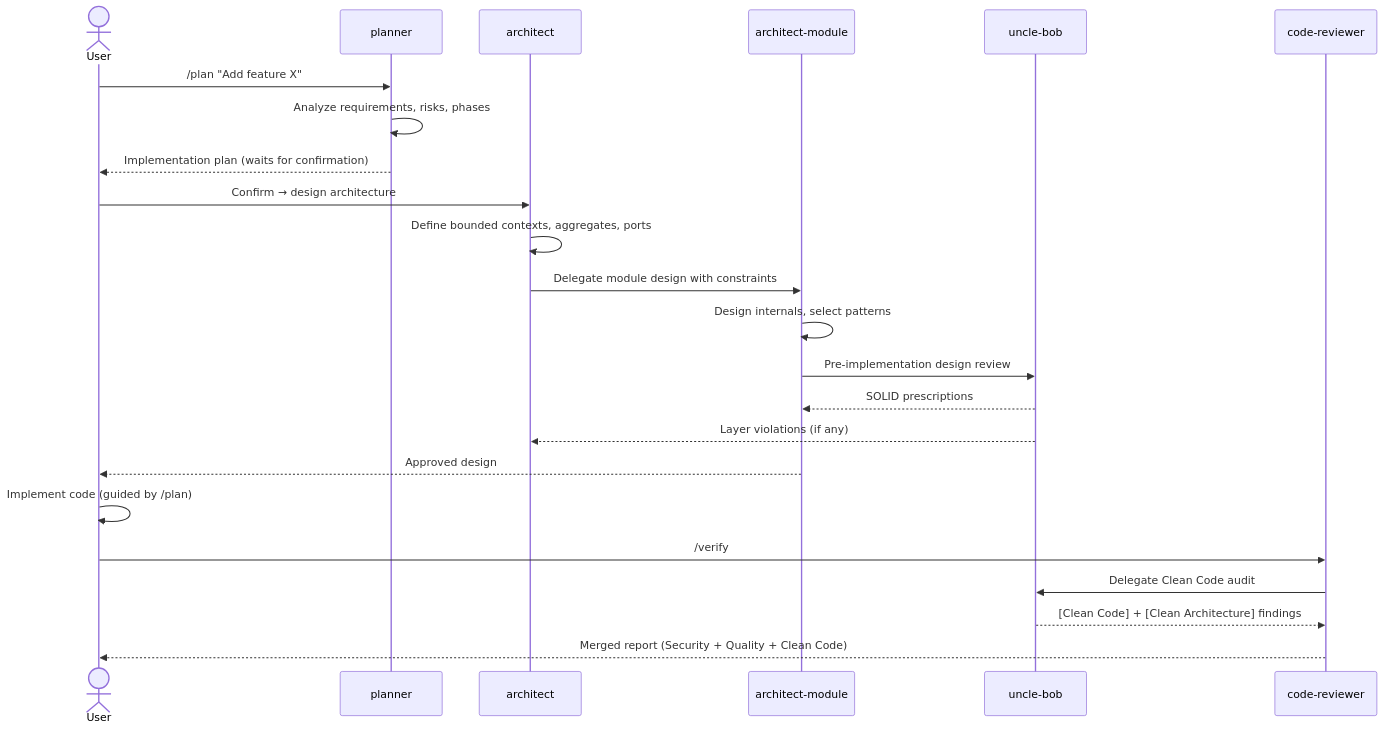
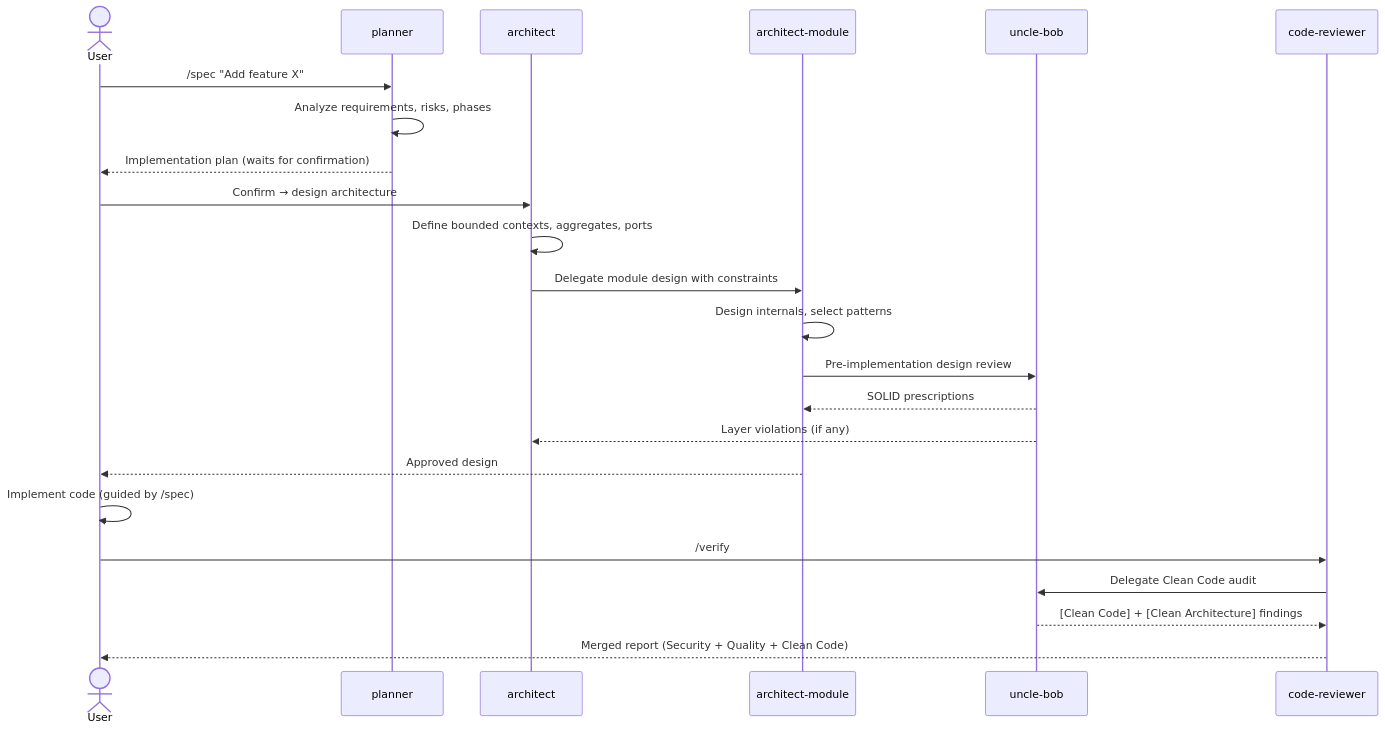
The diagram in docs/diagrams/feature-development.md (LEBOCQTitouan/everything-claude-code), drawn with Mermaid before and after one commit. The commit also changed other lines of this file and 59 other files, not shown here.

First line of the commit message:
refactor: update all references from plan/solution to spec/design (BL-045)

````diff
--- a/docs/diagrams/feature-development.md
+++ b/docs/diagrams/feature-development.md
@@ -5,31 +5,31 @@
 ```mermaid
 sequenceDiagram
     actor User
     participant planner
     participant architect
     participant architect-module
     participant uncle-bob
     participant code-reviewer
 
-    User->>planner: /plan "Add feature X"
+    User->>planner: /spec "Add feature X"
     planner->>planner: Analyze requirements, risks, phases
     planner-->>User: Implementation plan (waits for confirmation)
 
     User->>architect: Confirm → design architecture
     architect->>architect: Define bounded contexts, aggregates, ports
     architect->>architect-module: Delegate module design with constraints
 
     architect-module->>architect-module: Design internals, select patterns
     architect-module->>uncle-bob: Pre-implementation design review
     uncle-bob-->>architect-module: SOLID prescriptions
     uncle-bob-->>architect: Layer violations (if any)
 
     architect-module-->>User: Approved design
 
-    User->>User: Implement code (guided by /plan)
+    User->>User: Implement code (guided by /spec)
 
     User->>code-reviewer: /verify
     code-reviewer->>uncle-bob: Delegate Clean Code audit
     uncle-bob-->>code-reviewer: [Clean Code] + [Clean Architecture] findings
     code-reviewer-->>User: Merged report (Security + Quality + Clean Code)
 ```
````
